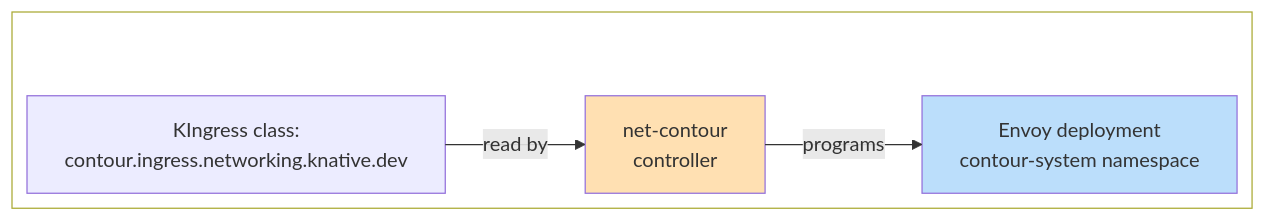
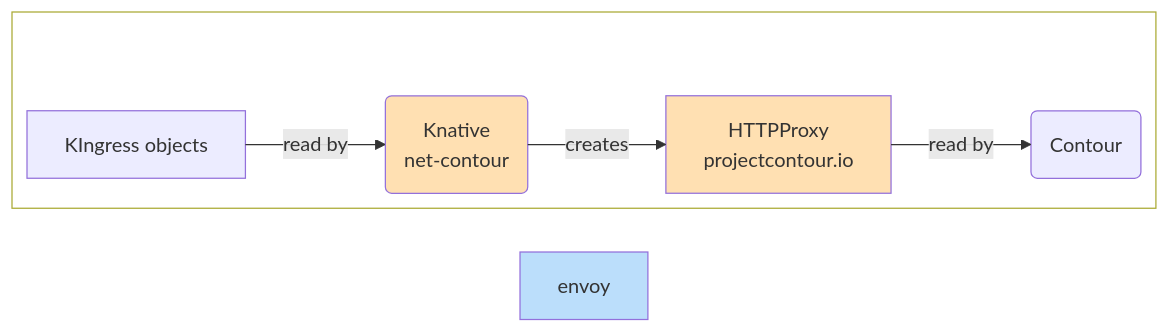
Before and after one commit to knative/docs: the fourth of 8 diagrams in docs/versioned/serving/config-network-adapters.md, drawn with Mermaid. The commit also changed other lines of this file, not shown here.

Commit message:
Update config-network-adapters.md
chart work

````diff
--- a/docs/versioned/serving/config-network-adapters.md
+++ b/docs/versioned/serving/config-network-adapters.md
@@ -95,20 +95,23 @@
     ```mermaid
     ---
     config:
       layout: elk
       theme: default
     ---
     flowchart LR
      subgraph bottom[" "]
         direction LR
-            envoy["Envoy deployment<br>contour-system namespace"]
-            kourier["net-contour<br>controller"]
-            kingress2["KIngress class:<br>contour.ingress.networking.knative.dev"]
+        C1["KIngress objects"]
+        C2("Knative<br>net-contour")
+        C3["HTTPProxy<br>projectcontour.io"]
+        C4("Contour")
       end
-        kingress2 -- read by --> kourier
-        kourier -- programs --> envoy
+        C1 -- "read by" --> C2
+        C2 -- "creates" --> C3
+        C3 -- "read by" --> C4
     
         style envoy fill:#BBDEFB
-        style kourier fill:#FFE0B2
+        style C2 fill:#FFE0B2
+        style C3 fill:#FFE0B2
         style bottom fill:transparent
     ```
````
